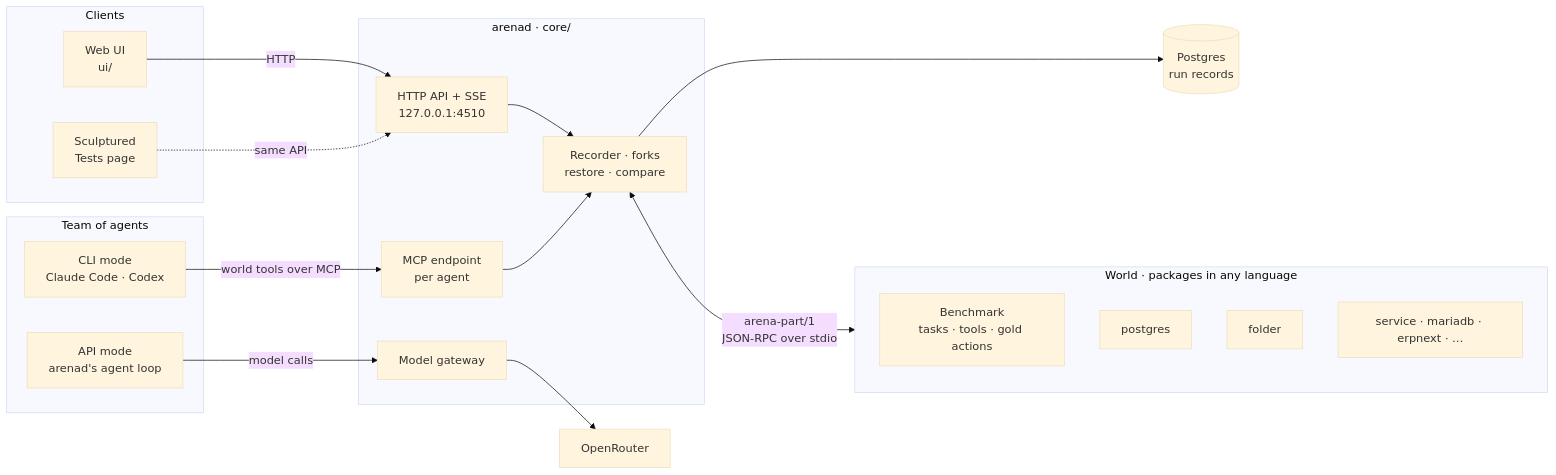
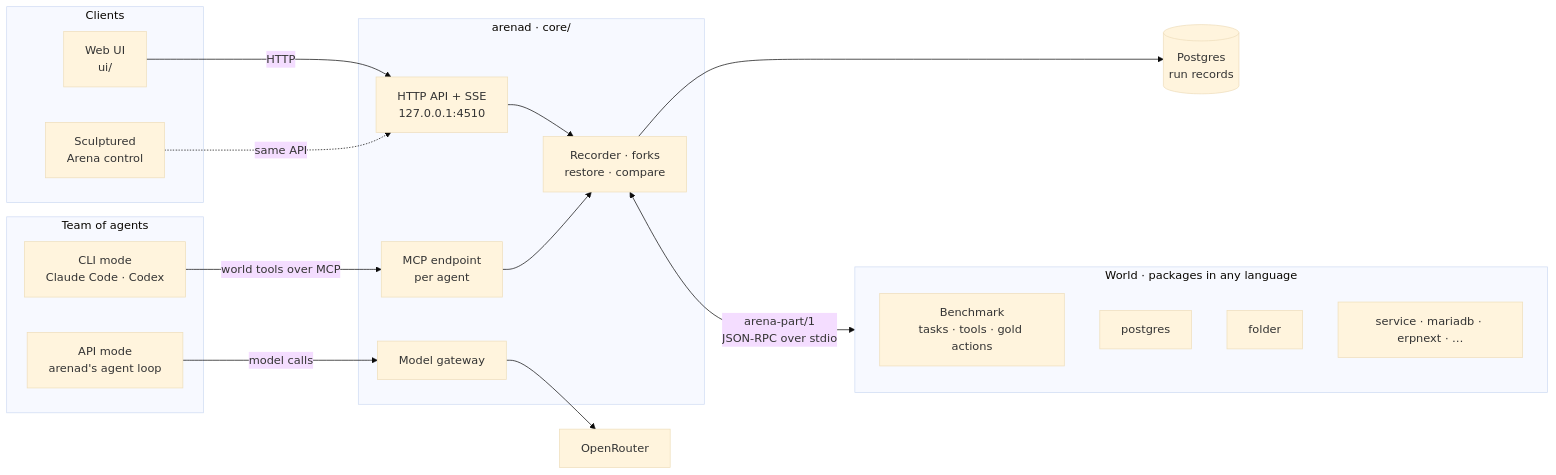
The diagram in README.md (Sculptured/Arena), drawn with Mermaid (base theme) before and after one commit. The commit also changed other lines of this file, not shown here.

Commit message:
docs: name the Sculptured Arena control workspace

````diff
--- a/README.md
+++ b/README.md
@@ -77,39 +77,39 @@
 ```mermaid
 flowchart LR
   subgraph clients["Clients"]
     UI["Web UI<br/>ui/"]
-    SC["Sculptured<br/>Tests page"]
+    SC["Sculptured<br/>Arena control"]
   end
 
   subgraph team["Team of agents"]
     CLI["CLI mode<br/>Claude Code · Codex"]
     OPEN["API mode<br/>arenad's agent loop"]
   end
 
   subgraph engine["arenad · core/"]
     API["HTTP API + SSE<br/>127.0.0.1:4510"]
     MCP["MCP endpoint<br/>per agent"]
     GW["Model gateway"]
     ENG["Recorder · forks<br/>restore · compare"]
   end
 
   subgraph world["World · packages in any language"]
     BM["Benchmark<br/>tasks · tools · gold actions"]
     P1["postgres"]
     P2["folder"]
     P3["service · mariadb · erpnext · …"]
   end
 
   PG[("Postgres<br/>run records")]
   OR["OpenRouter"]
 
   UI -->|HTTP| API
   SC -.->|same API| API
   CLI -->|world tools over MCP| MCP
   OPEN -->|model calls| GW
   GW --> OR
   API --> ENG
   MCP --> ENG
   ENG --> PG
   ENG <-->|"arena-part/1<br/>JSON-RPC over stdio"| world
 ```
````
